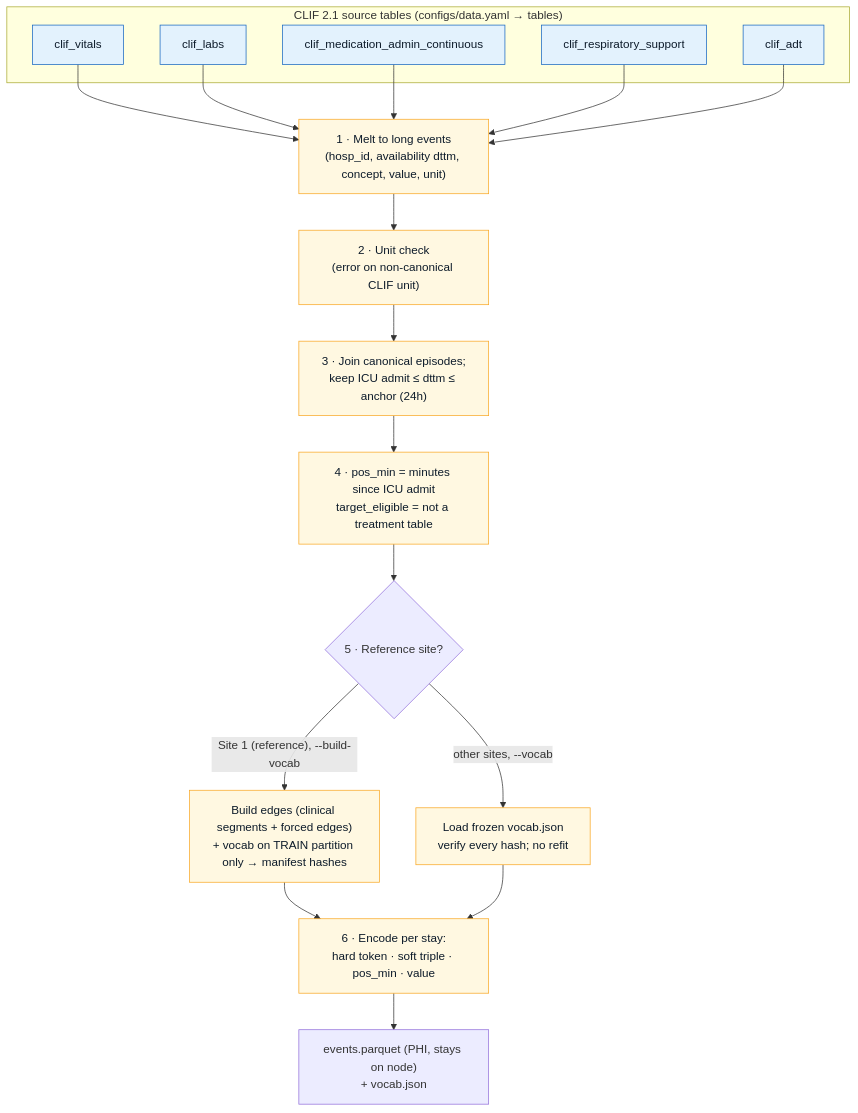
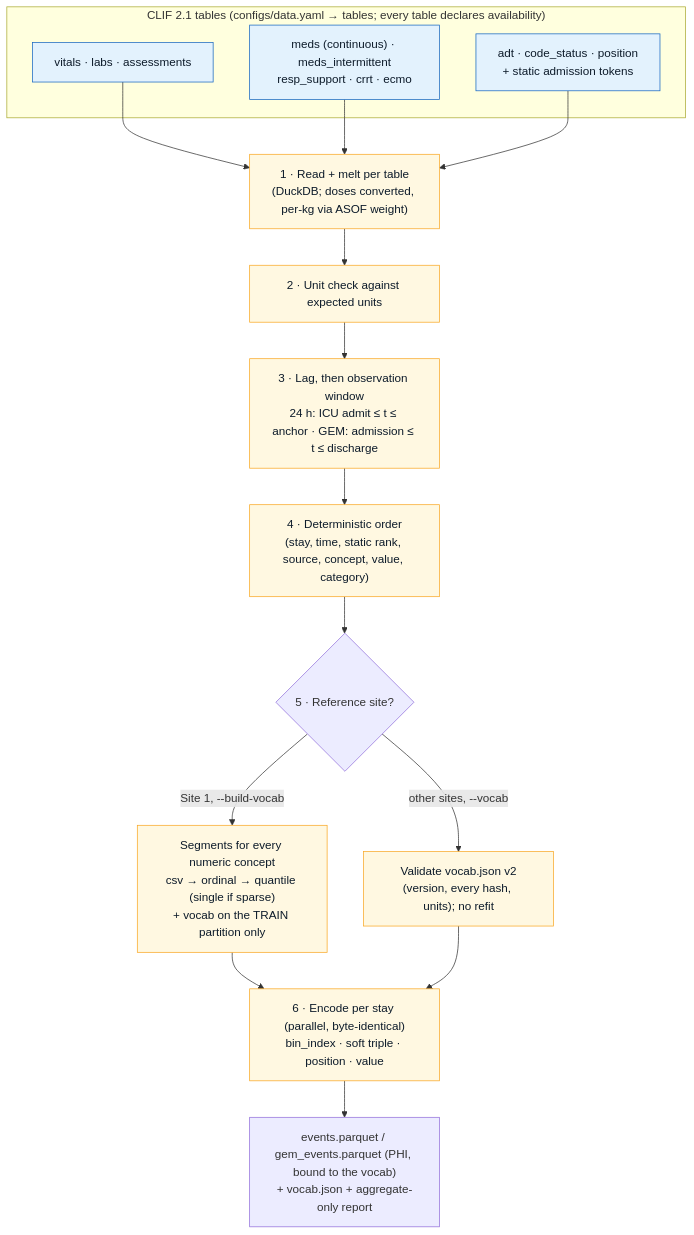
The first of 4 diagrams in website/docs/data-tokenization.md (sajor2000/clifatron2.0), drawn with Mermaid before and after one commit. The commit also changed other lines of this file and 6 other files, not shown here.

````diff
--- a/website/docs/data-tokenization.md
+++ b/website/docs/data-tokenization.md
@@ -40,24 +56,22 @@
 ```mermaid
 flowchart TB
-    subgraph SRC["CLIF 2.1 source tables (configs/data.yaml → tables)"]
-        V["clif_vitals"]
-        L["clif_labs"]
-        M["clif_medication_admin_continuous"]
-        RS["clif_respiratory_support"]
-        ADT["clif_adt"]
+    subgraph SRC["CLIF 2.1 tables (configs/data.yaml → tables; every table declares availability)"]
+        V["vitals · labs · assessments"]
+        TX["meds (continuous) · meds_intermittent<br/>resp_support · crrt · ecmo"]
+        CX["adt · code_status · position<br/>+ static admission tokens"]
     end
-    V & L & M & RS & ADT --> MELT["1 · Melt to long events<br/>(hosp_id, availability dttm, concept, value, unit)"]
-    MELT --> UNIT["2 · Unit check<br/>(error on non-canonical CLIF unit)"]
-    UNIT --> WIN["3 · Join canonical episodes;<br/>keep ICU admit ≤ dttm ≤ anchor (24h)"]
-    WIN --> POS["4 · pos_min = minutes since ICU admit<br/>target_eligible = not a treatment table"]
-    POS --> VOC{"5 · Reference site?"}
-    VOC -->|"Site 1 (reference), --build-vocab"| BUILD["Build edges (clinical segments + forced edges)<br/>+ vocab on TRAIN partition only → manifest hashes"]
-    VOC -->|"other sites, --vocab"| LOAD["Load frozen vocab.json<br/>verify every hash; no refit"]
-    BUILD & LOAD --> ENC["6 · Encode per stay:<br/>hard token · soft triple · pos_min · value"]
-    ENC --> OUT["events.parquet (PHI, stays on node)<br/>+ vocab.json"]
+    V & TX & CX --> READ["1 · Read + melt per table<br/>(DuckDB; doses converted, per-kg via ASOF weight)"]
+    READ --> UNIT["2 · Unit check against expected units"]
+    UNIT --> WIN["3 · Lag, then observation window<br/>24 h: ICU admit ≤ t ≤ anchor · GEM: admission ≤ t ≤ discharge"]
+    WIN --> SORT["4 · Deterministic order<br/>(stay, time, static rank, source, concept, value, category)"]
+    SORT --> VOC{"5 · Reference site?"}
+    VOC -->|"Site 1, --build-vocab"| BUILD["Segments for every numeric concept<br/>csv → ordinal → quantile (single if sparse)<br/>+ vocab on the TRAIN partition only"]
+    VOC -->|"other sites, --vocab"| LOAD["Validate vocab.json v2<br/>(version, every hash, units); no refit"]
+    BUILD & LOAD --> ENC["6 · Encode per stay (parallel, byte-identical)<br/>bin_index · soft triple · position · value"]
+    ENC --> OUT["events.parquet / gem_events.parquet (PHI, bound to the vocab)<br/>+ vocab.json + aggregate-only report"]
 
     classDef src fill:#e3f2fd,stroke:#1565c0,color:#0d1b2a;
     classDef step fill:#fff8e1,stroke:#f9a825,color:#0d1b2a;
-    class V,L,M,RS,ADT src;
-    class MELT,UNIT,WIN,POS,BUILD,LOAD,ENC step;
+    class V,TX,CX src;
+    class READ,UNIT,WIN,SORT,BUILD,LOAD,ENC step;
 ```
````
